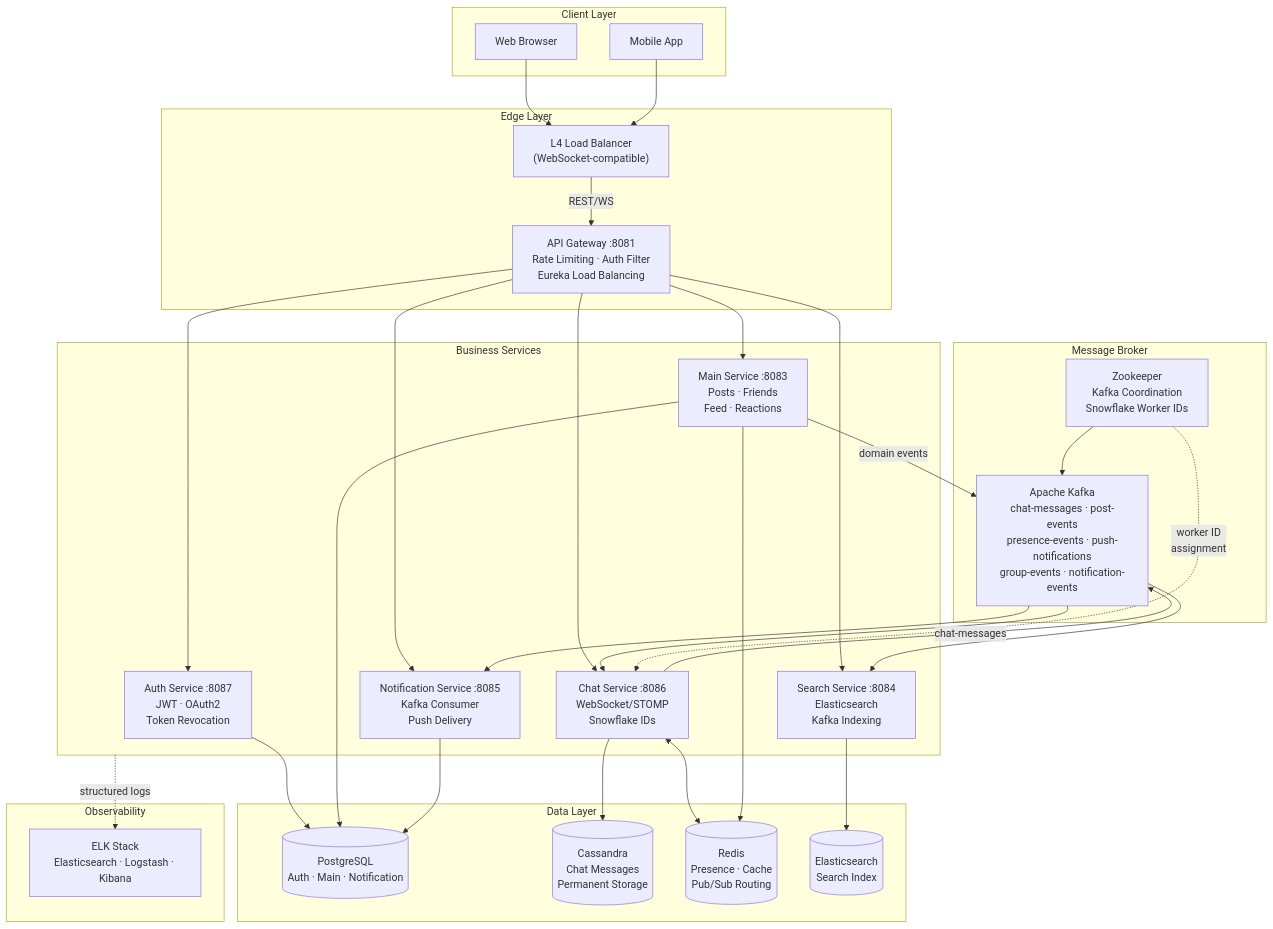
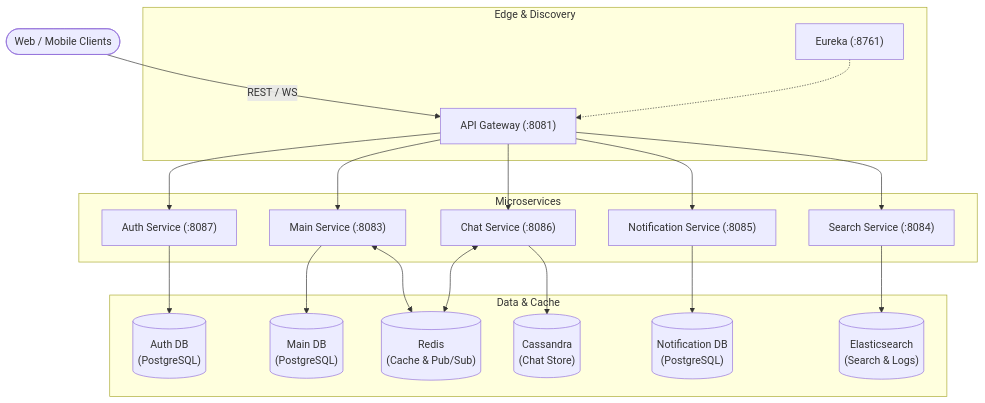
One commit to osama-mahmoud-h/Social-Network-Api-microservice1-Spring-boot- changed the first of 5 diagrams in README.md. Above: the diagram before and after it, drawn with Mermaid. The commit also changed other lines of this file, not shown here.

Commit message:
docs: refresh README architecture and service overview

````diff
--- a/README.md
+++ b/README.md
@@ -397,57 +188,43 @@
 ```mermaid
-graph TB
-    subgraph CLIENT["Client Layer"]
-        WEB["Web Browser"]
-        MOB["Mobile App"]
+flowchart TB
+    Client(["Web / Mobile Clients"])
+
+    subgraph Edge["Edge & Discovery"]
+        Eureka["Eureka (:8761)"]
+        GW["API Gateway (:8081)"]
     end
 
-    subgraph EDGE["Edge Layer"]
-        LB["L4 Load Balancer\n(WebSocket-compatible)"]
-        GW["API Gateway :8081\nRate Limiting · Auth Filter\nEureka Load Balancing"]
+    subgraph Services["Microservices"]
+        Auth["Auth Service (:8087)"]
+        Main["Main Service (:8083)"]
+        Chat["Chat Service (:8086)"]
+        Notif["Notification Service (:8085)"]
+        Search["Search Service (:8084)"]
     end
 
-    subgraph SERVICES["Business Services"]
-        AUTH["Auth Service :8087\nJWT · OAuth2\nToken Revocation"]
-        MAIN["Main Service :8083\nPosts · Friends\nFeed · Reactions"]
-        CHAT["Chat Service :8086\nWebSocket/STOMP\nSnowflake IDs"]
-        NOTIF["Notification Service :8085\nKafka Consumer\nPush Delivery"]
-        SEARCH["Search Service :8084\nElasticsearch\nKafka Indexing"]
+    subgraph Data["Data & Cache"]
+        AuthDB[("Auth DB\n(PostgreSQL)")]
+        MainDB[("Main DB\n(PostgreSQL)")]
+        Redis[("Redis\n(Cache & Pub/Sub)")]
+        Cass[("Cassandra\n(Chat Store)")]
+        NotifDB[("Notification DB\n(PostgreSQL)")]
+        ES[("Elasticsearch\n(Search & Logs)")]
     end
 
-    subgraph MESSAGING["Message Broker"]
-        ZK["Zookeeper\nKafka Coordination\nSnowflake Worker IDs"]
-        KAFKA["Apache Kafka\nchat-messages · post-events\npresence-events · push-notifications\ngroup-events · notification-events"]
-    end
+    Client -->|"REST / WS"| GW
+    Eureka -.-> GW
 
-    subgraph DATA["Data Layer"]
-        PG[("PostgreSQL\nAuth · Main · Notification")]
-        CASS[("Cassandra\nChat Messages\nPermanent Storage")]
-        REDIS[("Redis\nPresence · Cache\nPub/Sub Routing")]
-        ES[("Elasticsearch\nSearch Index")]
-    end
+    GW --> Auth
+    GW --> Main
+    GW --> Chat
+    GW --> Notif
+    GW --> Search
 
-    subgraph OBS["Observability"]
-        ELK["ELK Stack\nElasticsearch · Logstash · Kibana"]
-    end
-
-    WEB & MOB --> LB
-    LB -->|"REST/WS"| GW
-    GW --> AUTH & MAIN & CHAT & NOTIF & SEARCH
-
-    MAIN -->|"domain events"| KAFKA
-    CHAT -->|"chat-messages"| KAFKA
-    KAFKA --> NOTIF & SEARCH & CHAT
-
-    ZK --> KAFKA
-    ZK -.->|"worker ID\nassignment"| CHAT
-
-    AUTH --> PG
-    MAIN --> PG
-    NOTIF --> PG
-    CHAT --> CASS
-    CHAT <--> REDIS
-    SEARCH --> ES
-    MAIN --> REDIS
-
-    SERVICES -.->|"structured logs"| ELK
+    Auth --> AuthDB
+    Main --> MainDB
+    Main <--> Redis
+    Chat <--> Redis
+    Chat --> Cass
+    Notif --> NotifDB
+    Search --> ES
 ```
````
